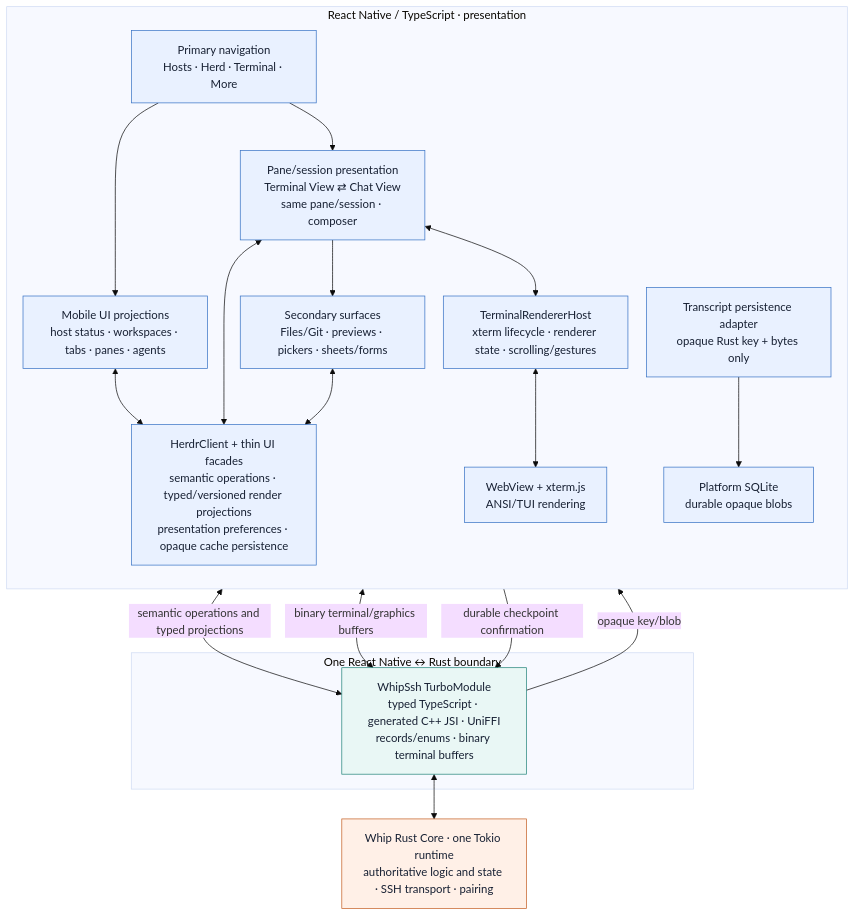
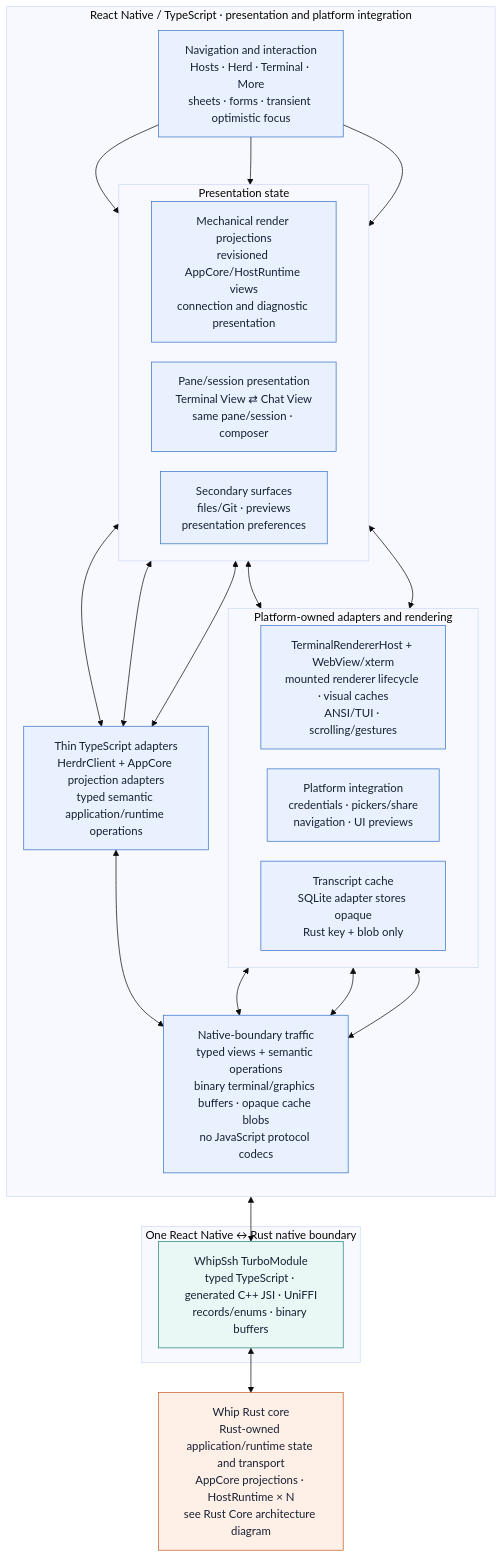
One commit to KaminariOS/whip changed the diagram in docs/react-native-frontend-architecture.mmd. Above: the diagram before and after it, drawn with Mermaid. The commit also changed 5 other files, not shown here.

Commit message:
doc: clarify Rust-owned application architecture

```diff
--- a/docs/react-native-frontend-architecture.mmd
+++ b/docs/react-native-frontend-architecture.mmd
@@ -1,43 +1,52 @@
-%%{init: {"theme":"base","flowchart":{"curve":"basis","htmlLabels":true,"nodeSpacing":26,"rankSpacing":42}}}%%
+%%{init: {"theme":"base","flowchart":{"curve":"basis","htmlLabels":true,"nodeSpacing":28,"rankSpacing":42}}}%%
 flowchart TB
-  subgraph UI["React Native / TypeScript · presentation"]
+  subgraph UI["React Native / TypeScript · presentation and platform integration"]
     direction TB
-    Navigation["Primary navigation<br/>Hosts · Herd · Terminal · More"]
-    Projections["Mobile UI projections<br/>host status · workspaces · tabs · panes · agents"]
-    SessionViews["Pane/session presentation<br/>Terminal View ⇄ Chat View<br/>same pane/session · composer"]
-    Secondary["Secondary surfaces<br/>Files/Git · previews · pickers · sheets/forms"]
-    Client["HerdrClient + thin UI facades<br/>semantic operations · typed/versioned render projections<br/>presentation preferences · opaque cache persistence"]
-    CacheAdapter["Transcript persistence adapter<br/>opaque Rust key + bytes only"]
-    SQLite["Platform SQLite<br/>durable opaque blobs"]
-    Renderer["TerminalRendererHost<br/>xterm lifecycle · renderer state · scrolling/gestures"]
-    Xterm["WebView + xterm.js<br/>ANSI/TUI rendering"]
+    Navigation["Navigation and interaction<br/>Hosts · Herd · Terminal · More<br/>sheets · forms · transient optimistic focus"]
+
+    subgraph Presentation["Presentation state"]
+      direction LR
+      Projections["Mechanical render projections<br/>revisioned AppCore/HostRuntime views<br/>connection and diagnostic presentation"]
+      SessionViews["Pane/session presentation<br/>Terminal View ⇄ Chat View<br/>same pane/session · composer"]
+      Secondary["Secondary surfaces<br/>files/Git · previews<br/>presentation preferences"]
+    end
+
+    subgraph Platform["Platform-owned adapters and rendering"]
+      direction LR
+      Renderer["TerminalRendererHost + WebView/xterm<br/>mounted renderer lifecycle · visual caches<br/>ANSI/TUI · scrolling/gestures"]
+      Device["Platform integration<br/>credentials · pickers/share<br/>navigation · UI previews"]
+      Cache["Transcript cache<br/>SQLite adapter stores opaque<br/>Rust key + blob only"]
+    end
+
+    Adapters["Thin TypeScript adapters<br/>HerdrClient + AppCore projection adapters<br/>typed semantic application/runtime operations"]
+    NativeCalls["Native-boundary traffic<br/>typed views + semantic operations<br/>binary terminal/graphics buffers · opaque cache blobs<br/>no JavaScript protocol codecs"]
 
     Navigation --> Projections
     Navigation --> SessionViews
-    Projections <--> Client
-    SessionViews <--> Client
-    Secondary <--> Client
-    SessionViews --> Secondary
+    Navigation --> Secondary
+    Projections <--> Adapters
+    SessionViews <--> Adapters
+    Secondary <--> Adapters
     SessionViews <--> Renderer
-    Renderer <--> Xterm
-    CacheAdapter --> SQLite
+    Secondary <--> Device
+    Adapters <--> NativeCalls
+    Renderer <--> NativeCalls
+    Device <--> NativeCalls
+    Cache <--> NativeCalls
   end
 
-  subgraph Boundary["One React Native ↔ Rust boundary"]
-    Module["WhipSsh TurboModule<br/>typed TypeScript · generated C++ JSI · UniFFI<br/>records/enums · binary terminal buffers"]
+  subgraph Boundary["One React Native ↔ Rust native boundary"]
+    Module["WhipSsh TurboModule<br/>typed TypeScript · generated C++ JSI · UniFFI<br/>records/enums · binary buffers"]
   end
 
-  Rust["Whip Rust Core · one Tokio runtime<br/>authoritative logic and state · SSH transport · pairing"]
+  Rust["Whip Rust core<br/>Rust-owned application/runtime state and transport<br/>AppCore projections · HostRuntime × N<br/>see Rust Core architecture diagram"]
 
-  Client <-->|"semantic operations and typed projections"| Module
-  Renderer <-->|"binary terminal/graphics buffers"| Module
+  NativeCalls <--> Module
   Module <--> Rust
-  Module -->|"opaque key/blob"| CacheAdapter
-  CacheAdapter -->|"durable checkpoint confirmation"| Module
 
   classDef react fill:#e9f1ff,stroke:#3772c5,color:#172033
   classDef native fill:#e9f7f5,stroke:#23847a,color:#172033
   classDef rust fill:#fff0e7,stroke:#c45f24,color:#172033
-  class Navigation,Projections,SessionViews,Secondary,Client,CacheAdapter,SQLite,Renderer,Xterm react
+  class Navigation,Projections,SessionViews,Secondary,Renderer,Device,Cache,Adapters,NativeCalls react
   class Module native
   class Rust rust
```
